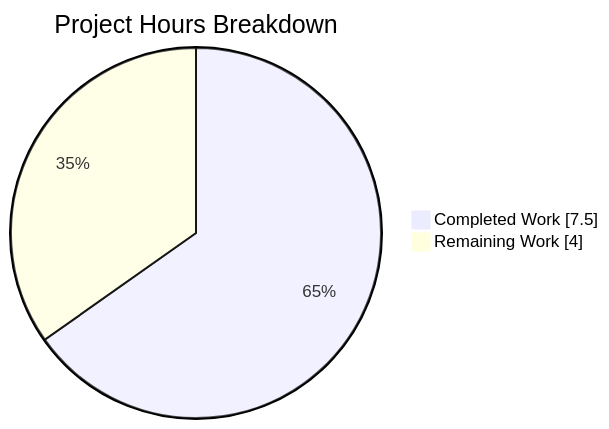
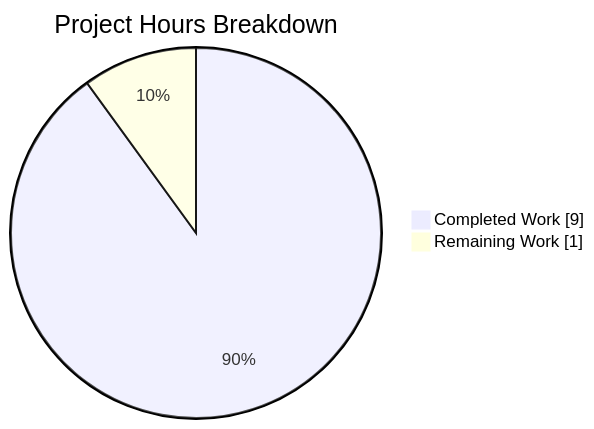
One commit to rjhonsi-blitzy/Simple_JS_1 changed the second of 2 diagrams in blitzy/documentation/Project Guide - d5d06770-1a28-4fee-846a-27d98a6d7cc0.md. Above: the diagram before and after it, drawn with Mermaid. The commit also changed other lines of this file, not shown here.

````diff
--- a/blitzy/documentation/Project Guide - d5d06770-1a28-4fee-846a-27d98a6d7cc0.md
+++ b/blitzy/documentation/Project Guide - d5d06770-1a28-4fee-846a-27d98a6d7cc0.md
@@ -177,6 +157,6 @@
 ```mermaid
 pie showData
     title Project Hours Breakdown
-    "Completed Work" : 7.5
-    "Remaining Work" : 4
+    "Completed Work" : 9.0
+    "Remaining Work" : 1
 ```
````
